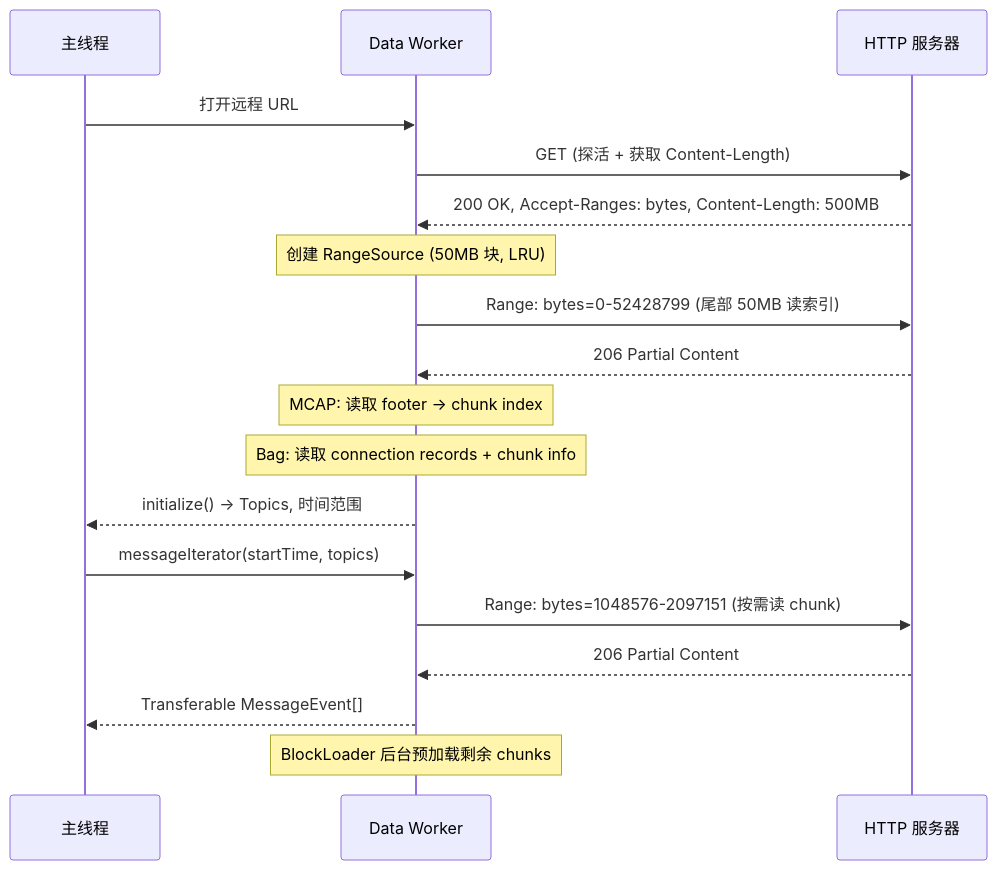
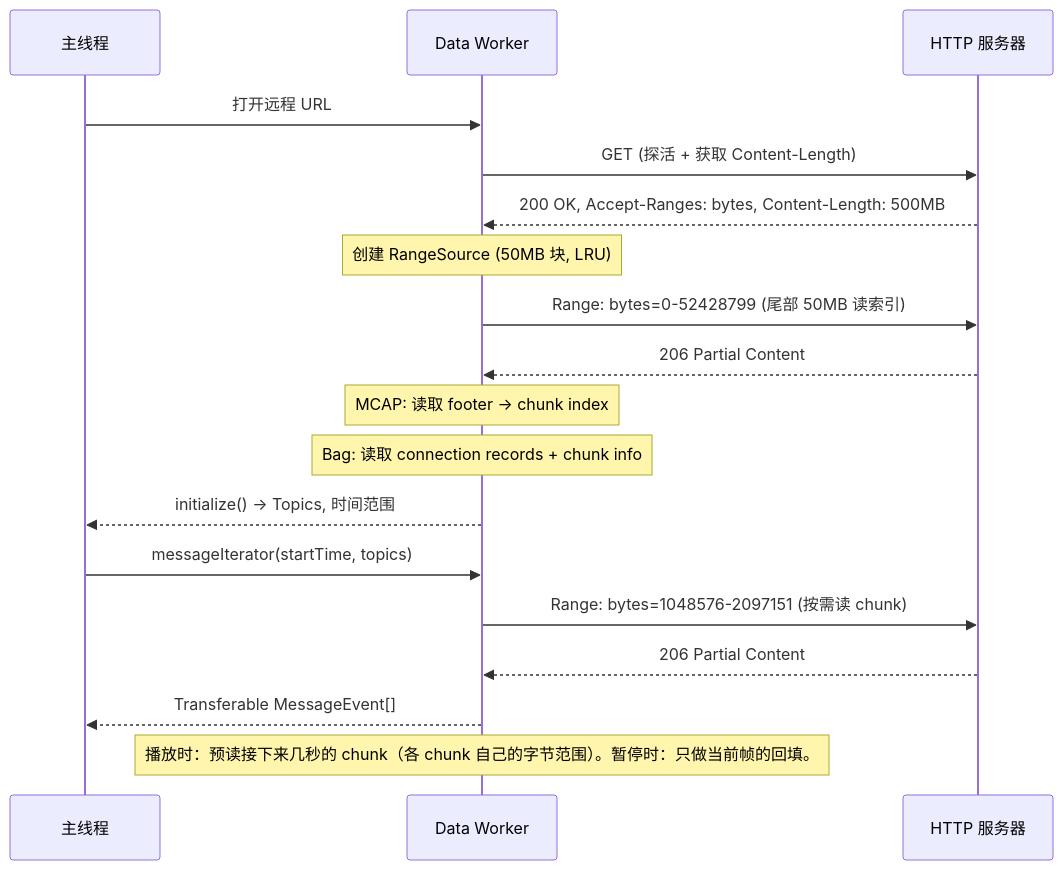
Before and after one commit to ioai-tech/rosview: the third of 3 diagrams in docs/ARCHITECTURE.zh.md, drawn with Mermaid. The commit also changed 12 other files, not shown here.

````diff
--- a/docs/ARCHITECTURE.zh.md
+++ b/docs/ARCHITECTURE.zh.md
@@ -508,26 +508,26 @@
 ```mermaid
 sequenceDiagram
     participant App as 主线程
     participant Worker as Data Worker
     participant Server as HTTP 服务器
 
     App->>Worker: 打开远程 URL
     Worker->>Server: GET (探活 + 获取 Content-Length)
     Server-->>Worker: 200 OK, Accept-Ranges: bytes, Content-Length: 500MB
 
     Note over Worker: 创建 RangeSource (50MB 块, LRU)
 
     Worker->>Server: Range: bytes=0-52428799 (尾部 50MB 读索引)
     Server-->>Worker: 206 Partial Content
     Note over Worker: MCAP: 读取 footer → chunk index
     Note over Worker: Bag: 读取 connection records + chunk info
 
     Worker-->>App: initialize() → Topics, 时间范围
 
     App->>Worker: messageIterator(startTime, topics)
     Worker->>Server: Range: bytes=1048576-2097151 (按需读 chunk)
     Server-->>Worker: 206 Partial Content
     Worker-->>App: Transferable MessageEvent[]
 
-    Note over Worker: BlockLoader 后台预加载剩余 chunks
+    Note over Worker: 播放时：预读接下来几秒的 chunk（各 chunk 自己的字节范围）。暂停时：只做当前帧的回填。
 ```
````
